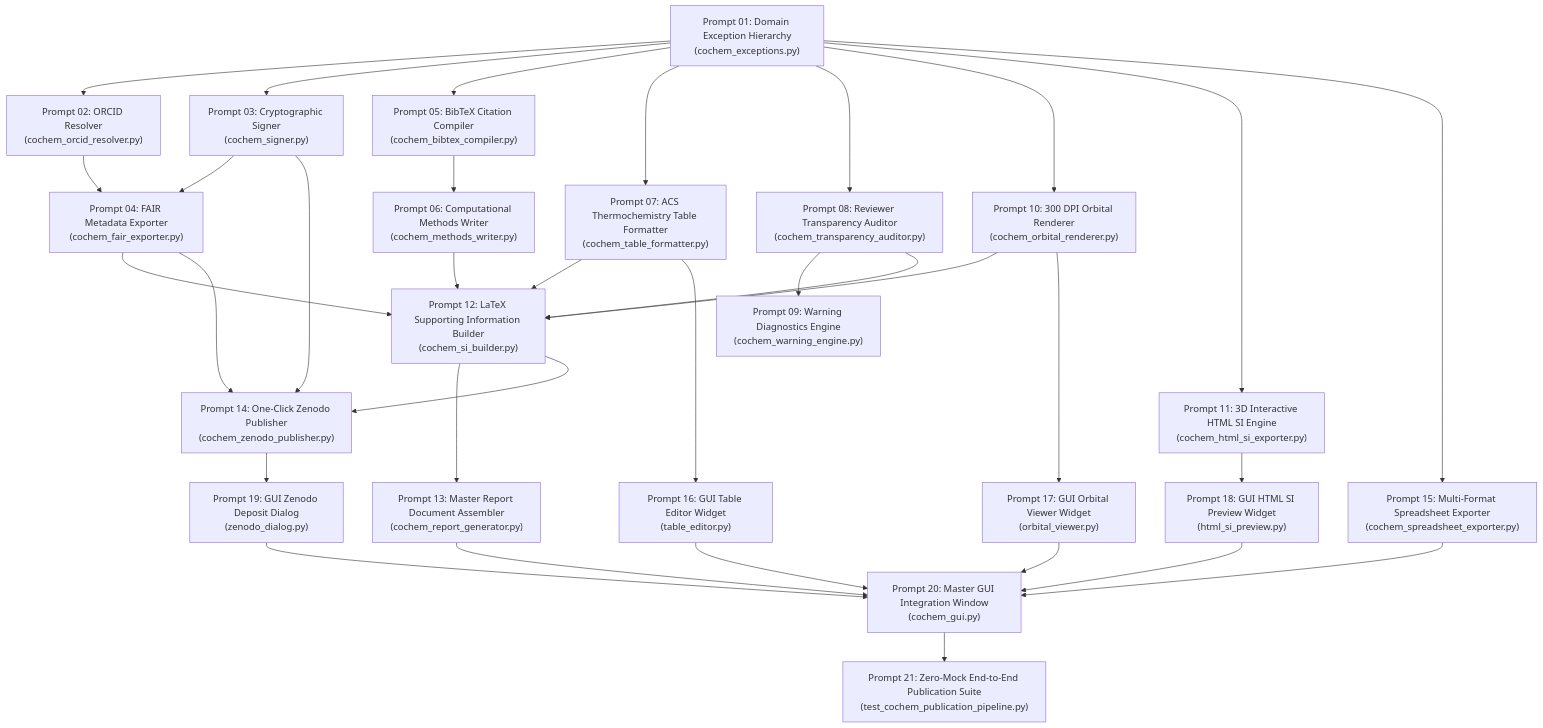
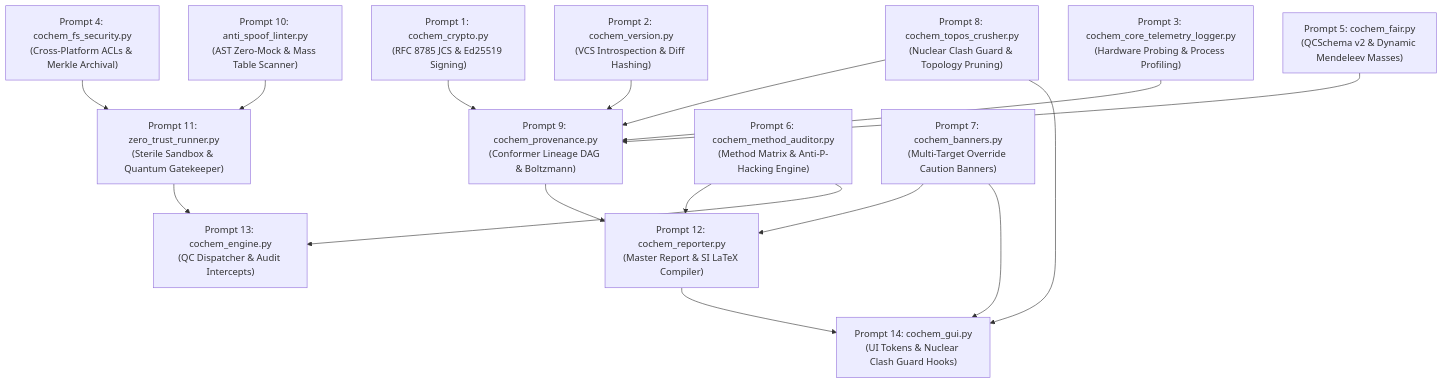
One commit to ProfJJK-CoChem/CoChem-SpycFit changed the first of 2 diagrams in cochem_audit_payload.md. Above: the diagram before and after it, drawn with Mermaid. The commit also changed other lines of this file and 30 other files, not shown here.

````diff
--- a/cochem_audit_payload.md
+++ b/cochem_audit_payload.md
@@ -11,46 +13,18 @@
 ```mermaid
 graph TD
-    P1["Prompt 01: Domain Exception Hierarchy<br>(cochem_exceptions.py)"] --> P2["Prompt 02: ORCID Resolver<br>(cochem_orcid_resolver.py)"]
-    P1 --> P3["Prompt 03: Cryptographic Signer<br>(cochem_signer.py)"]
-    P1 --> P5["Prompt 05: BibTeX Citation Compiler<br>(cochem_bibtex_compiler.py)"]
-    
-    P2 --> P4["Prompt 04: FAIR Metadata Exporter<br>(cochem_fair_exporter.py)"]
-    P3 --> P4
-    
-    P5 --> P6["Prompt 06: Computational Methods Writer<br>(cochem_methods_writer.py)"]
-    
-    P1 --> P7["Prompt 07: ACS Thermochemistry Table Formatter<br>(cochem_table_formatter.py)"]
-    P1 --> P8["Prompt 08: Reviewer Transparency Auditor<br>(cochem_transparency_auditor.py)"]
-    P8 --> P9["Prompt 09: Warning Diagnostics Engine<br>(cochem_warning_engine.py)"]
-    
-    P1 --> P10["Prompt 10: 300 DPI Orbital Renderer<br>(cochem_orbital_renderer.py)"]
-    P1 --> P11["Prompt 11: 3D Interactive HTML SI Engine<br>(cochem_html_si_exporter.py)"]
-    
-    P4 --> P12["Prompt 12: LaTeX Supporting Information Builder<br>(cochem_si_builder.py)"]
-    P6 --> P12
-    P7 --> P12
-    P8 --> P12
-    P10 --> P12
-    
-    P12 --> P13["Prompt 13: Master Report Document Assembler<br>(cochem_report_generator.py)"]
-    
-    P3 --> P14["Prompt 14: One-Click Zenodo Publisher<br>(cochem_zenodo_publisher.py)"]
-    P4 --> P14
+    P1["Prompt 1: cochem_crypto.py<br/>(RFC 8785 JCS & Ed25519 Signing)"] --> P9["Prompt 9: cochem_provenance.py<br/>(Conformer Lineage DAG & Boltzmann)"]
+    P2["Prompt 2: cochem_version.py<br/>(VCS Introspection & Diff Hashing)"] --> P9
+    P3["Prompt 3: cochem_core_telemetry_logger.py<br/>(Hardware Probing & Process Profiling)"] --> P9
+    P4["Prompt 4: cochem_fs_security.py<br/>(Cross-Platform ACLs & Merkle Archival)"] --> P11["Prompt 11: zero_trust_runner.py<br/>(Sterile Sandbox & Quantum Gatekeeper)"]
+    P5["Prompt 5: cochem_fair.py<br/>(QCSchema v2 & Dynamic Mendeleev Masses)"] --> P9
+    P6["Prompt 6: cochem_method_auditor.py<br/>(Method Matrix & Anti-P-Hacking Engine)"] --> P12["Prompt 12: cochem_reporter.py<br/>(Master Report & SI LaTeX Compiler)"]
+    P6 --> P13["Prompt 13: cochem_engine.py<br/>(QC Dispatcher & Audit Intercepts)"]
+    P7["Prompt 7: cochem_banners.py<br/>(Multi-Target Override Caution Banners)"] --> P12
+    P7 --> P14["Prompt 14: cochem_gui.py<br/>(UI Tokens & Nuclear Clash Guard Hooks)"]
+    P8["Prompt 8: cochem_topos_crusher.py<br/>(Nuclear Clash Guard & Topology Pruning)"] --> P9
+    P8 --> P14
+    P9 --> P12
+    P10["Prompt 10: anti_spoof_linter.py<br/>(AST Zero-Mock & Mass Table Scanner)"] --> P11
+    P11 --> P13
     P12 --> P14
-    
-    P1 --> P15["Prompt 15: Multi-Format Spreadsheet Exporter<br>(cochem_spreadsheet_exporter.py)"]
-    
-    P7 --> P16["Prompt 16: GUI Table Editor Widget<br>(table_editor.py)"]
-    P10 --> P17["Prompt 17: GUI Orbital Viewer Widget<br>(orbital_viewer.py)"]
-    P11 --> P18["Prompt 18: GUI HTML SI Preview Widget<br>(html_si_preview.py)"]
-    P14 --> P19["Prompt 19: GUI Zenodo Deposit Dialog<br>(zenodo_dialog.py)"]
-    
-    P13 --> P20["Prompt 20: Master GUI Integration Window<br>(cochem_gui.py)"]
-    P15 --> P20
-    P16 --> P20
-    P17 --> P20
-    P18 --> P20
-    P19 --> P20
-    
-    P20 --> P21["Prompt 21: Zero-Mock End-to-End Publication Suite<br>(test_cochem_publication_pipeline.py)"]
 ```
````
